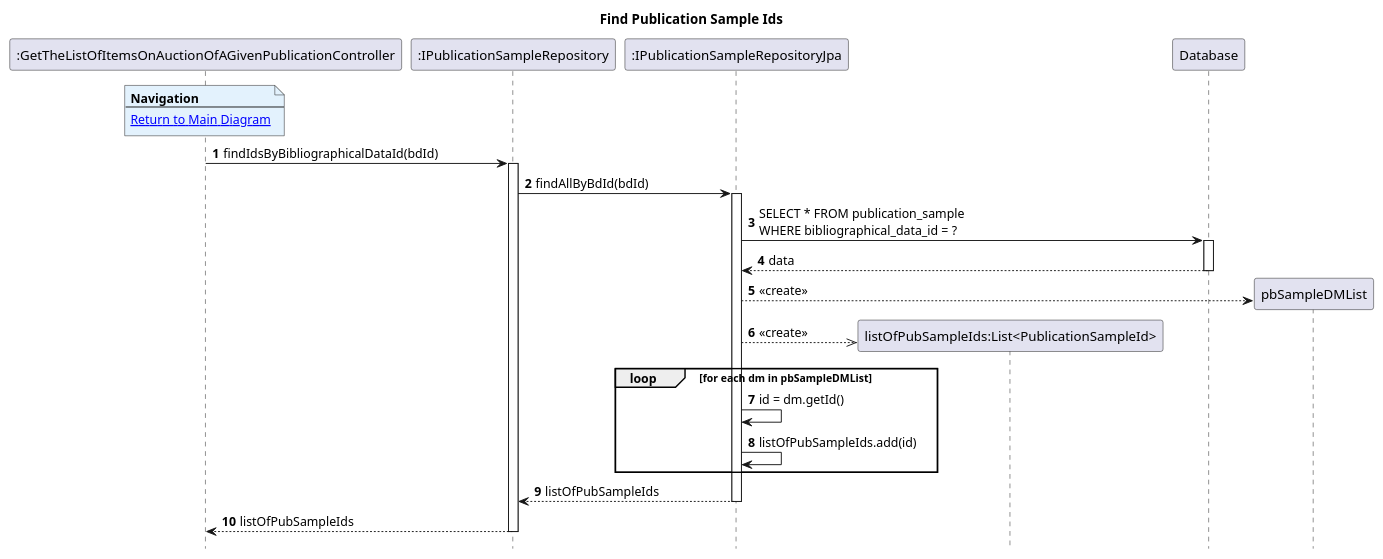
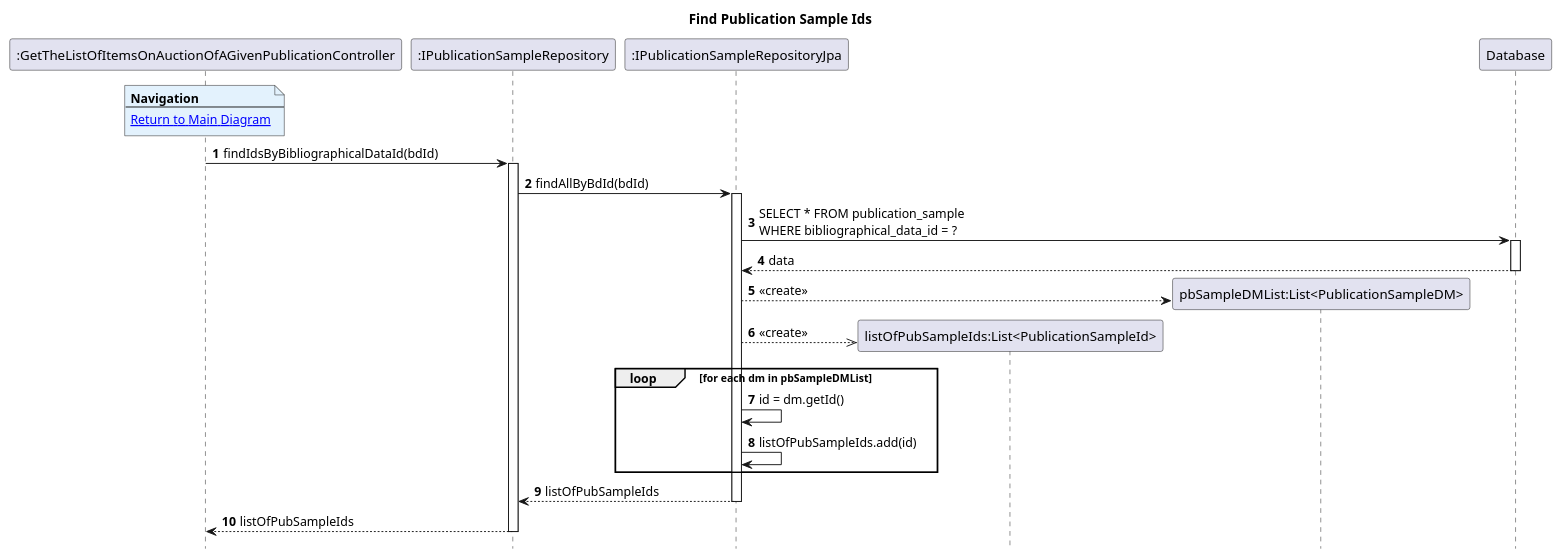
Before and after one commit to AndrePereiraGitH/SWitCH-Project-Team_A: the diagram in Diagrams/SequenceDiagrams/N2/To-Get-List-Of-Items-Auction-Of-Given-Publication/3b.FindPublicationSampleIds.puml, drawn with PlantUML. The commit also changed 4 other files, not shown here.

```diff
--- a/Diagrams/SequenceDiagrams/N2/To-Get-List-Of-Items-Auction-Of-Given-Publication/3b.FindPublicationSampleIds.puml
+++ b/Diagrams/SequenceDiagrams/N2/To-Get-List-Of-Items-Auction-Of-Given-Publication/3b.FindPublicationSampleIds.puml
@@ -1,41 +1,42 @@
 @startuml
 hide footbox
 autonumber
 title Find Publication Sample Ids
 
 participant ":GetTheListOfItemsOnAuctionOfAGivenPublicationController" as Ctrl
 participant ":IPublicationSampleRepository" as pubSampleRepo
 participant ":IPublicationSampleRepositoryJpa" as pubSampleJpa
 participant "listOfPubSampleIds:List<PublicationSampleId>" as listOfPubSampleIds
+participant "pbSampleDMList:List<PublicationSampleDM>" as pbSampleDMList
 participant "Database" as db
 
 note over Ctrl #E3F2FD
 <b>Navigation</b>
 ---
 [[1.MainDiagram.puml Return to Main Diagram]]
 end note
 
 Ctrl -> pubSampleRepo: findIdsByBibliographicalDataId(bdId)
 activate pubSampleRepo
 pubSampleRepo -> pubSampleJpa: findAllByBdId(bdId)
 activate pubSampleJpa
 pubSampleJpa -> db: SELECT * FROM publication_sample\nWHERE bibliographical_data_id = ?
 activate db
 db --> pubSampleJpa: data
 deactivate db
 pubSampleJpa --> pbSampleDMList**: <<create>>
 pubSampleJpa -->> listOfPubSampleIds **: <<create>>
 
 loop for each dm in pbSampleDMList
     pubSampleJpa -> pubSampleJpa : id = dm.getId()
     pubSampleJpa -> pubSampleJpa: listOfPubSampleIds.add(id)
 end
 
 pubSampleJpa --> pubSampleRepo: listOfPubSampleIds
 
 deactivate pubSampleJpa
 
 pubSampleRepo --> Ctrl: listOfPubSampleIds
 deactivate pubSampleRepo
 
 @enduml
```
